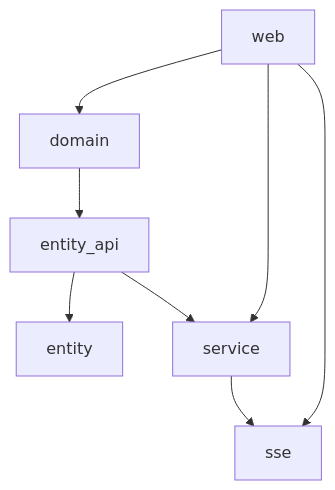
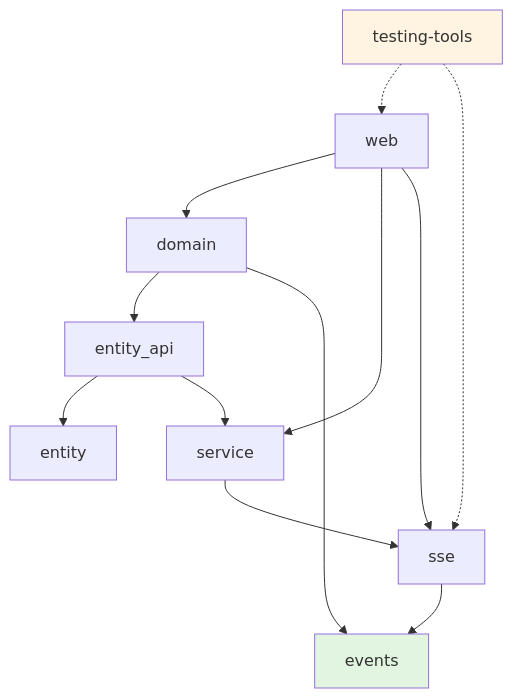
Before and after one commit to refactor-group/refactor-platform-rs: the diagram in docs/architecture/crate_dependency_graph.md, drawn with Mermaid. The commit also changed other lines of this file and 1 other file, not shown here.

Commit message:
docs: add new crates to README and dependency diagram
Add events, sse, and testing-tools crates to:
- Project Directory Structure in main README
- Crate dependency graph with proper relationships

The diagram now shows:
- events as foundation layer (no dependencies)
- sse depending on events
- domain depending on events
- testing-tools with dev dependencies on web and sse

````diff
--- a/docs/architecture/crate_dependency_graph.md
+++ b/docs/architecture/crate_dependency_graph.md
@@ -6,10 +6,17 @@
 ```mermaid
 graph TD;
     web-->domain;
     web-->service;
     web-->sse;
     service-->sse;
     domain-->entity_api;
+    domain-->events;
     entity_api-->entity;
     entity_api-->service;
+    sse-->events;
+    testing-tools-.->web;
+    testing-tools-.->sse;
+
+    style events fill:#e1f5e1
+    style testing-tools fill:#fff4e1
 ```
````
